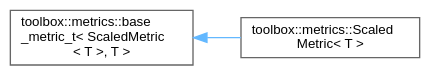
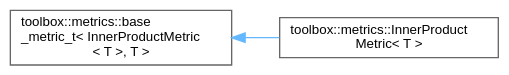
The diagram in inherit_graph_84.dot (nerdneilsfield/cpp-toolbox), drawn with Graphviz before and after one commit. The commit also changed 942 other files, not shown here.

```diff
--- a/inherit_graph_84.dot
+++ b/inherit_graph_84.dot
@@ -1,11 +1,11 @@
 digraph "Graphical Class Hierarchy"
 {
  // LATEX_PDF_SIZE
   bgcolor="transparent";
   edge [fontname=Helvetica,fontsize=10,labelfontname=Helvetica,labelfontsize=10];
   node [fontname=Helvetica,fontsize=10,shape=box,height=0.2,width=0.4];
   rankdir="LR";
-  Node0 [id="Node000000",label="toolbox::metrics::base\l_metric_t\< ScaledMetric\l\< T \>, T \>",height=0.2,width=0.4,color="grey40", fillcolor="white", style="filled",URL="$classtoolbox_1_1metrics_1_1base__metric__t.html",tooltip=" "];
-  Node0 -> Node1 [id="edge85_Node000000_Node000001",dir="back",color="steelblue1",style="solid",tooltip=" "];
-  Node1 [id="Node000001",label="toolbox::metrics::Scaled\lMetric\< T \>",height=0.2,width=0.4,color="grey40", fillcolor="white", style="filled",URL="$classtoolbox_1_1metrics_1_1_scaled_metric.html",tooltip=" "];
+  Node0 [id="Node000000",label="toolbox::metrics::base\l_metric_t\< InnerProductMetric\l\< T \>, T \>",height=0.2,width=0.4,color="grey40", fillcolor="white", style="filled",URL="$classtoolbox_1_1metrics_1_1base__metric__t.html",tooltip=" "];
+  Node0 -> Node1 [id="edge86_Node000000_Node000001",dir="back",color="steelblue1",style="solid",tooltip=" "];
+  Node1 [id="Node000001",label="toolbox::metrics::InnerProduct\lMetric\< T \>",height=0.2,width=0.4,color="grey40", fillcolor="white", style="filled",URL="$classtoolbox_1_1metrics_1_1_inner_product_metric.html",tooltip=" "];
 }
```
